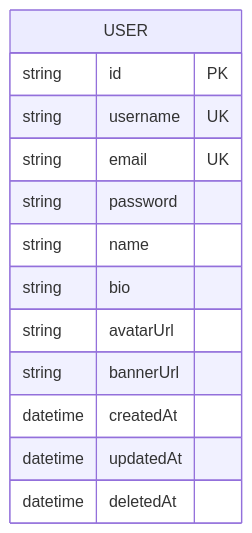
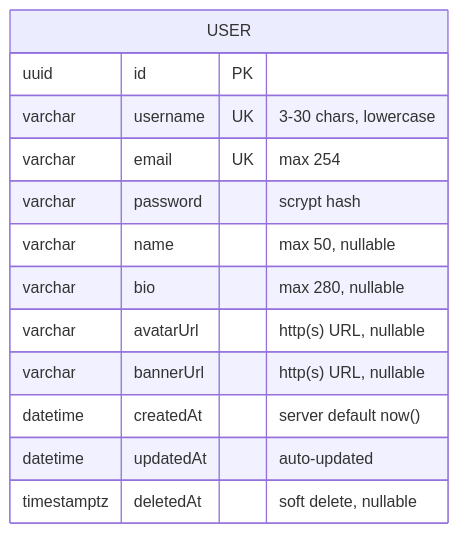
Before and after one commit to kunalPisolkar24/topos: the first of 2 diagrams in services/user/docs/concepts/data-model.md, drawn with Mermaid. The commit also changed other lines of this file and 13 other files, not shown here.

````diff
--- a/services/user/docs/concepts/data-model.md
+++ b/services/user/docs/concepts/data-model.md
@@ -5,16 +11,16 @@
 ```mermaid
 erDiagram
     USER {
-        string id PK
-        string username UK
-        string email UK
-        string password
-        string name
-        string bio
-        string avatarUrl
-        string bannerUrl
-        datetime createdAt
-        datetime updatedAt
-        datetime deletedAt
+        uuid id PK
+        varchar username UK "3-30 chars, lowercase"
+        varchar email UK "max 254"
+        varchar password "scrypt hash"
+        varchar name "max 50, nullable"
+        varchar bio "max 280, nullable"
+        varchar avatarUrl "http(s) URL, nullable"
+        varchar bannerUrl "http(s) URL, nullable"
+        datetime createdAt "server default now()"
+        datetime updatedAt "auto-updated"
+        timestamptz deletedAt "soft delete, nullable"
     }
 ```
````
